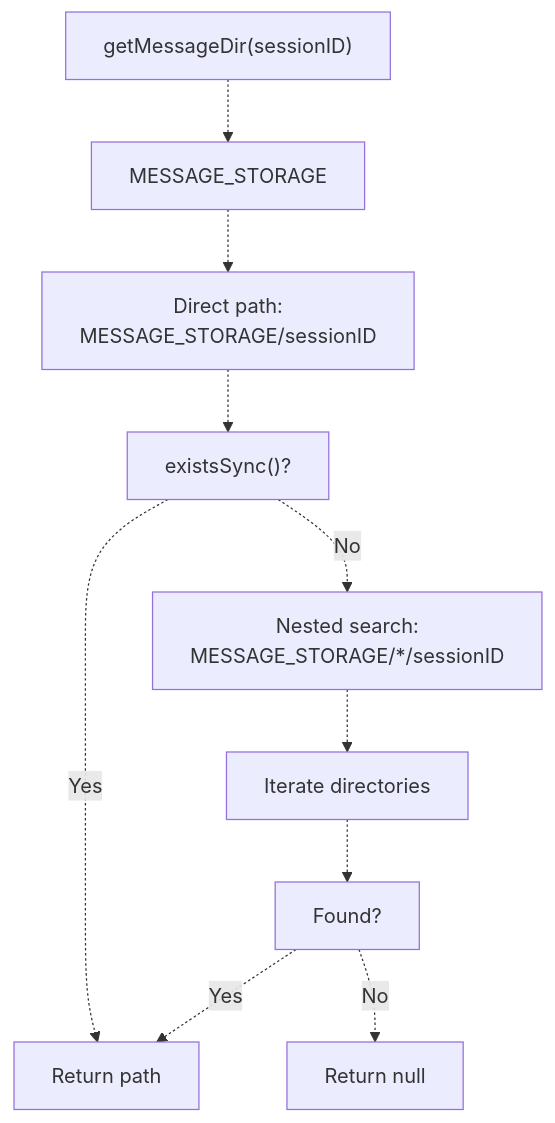
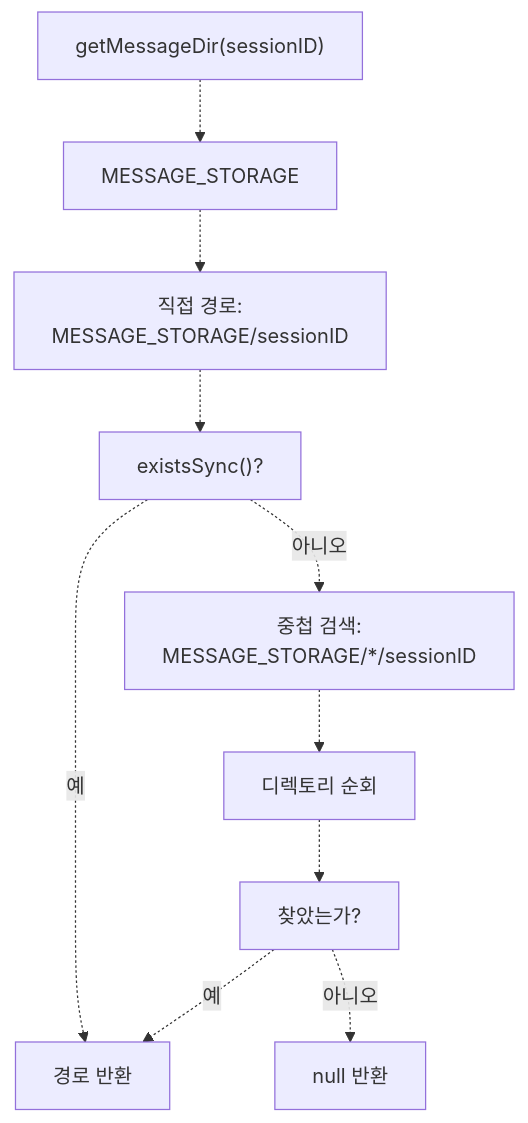
One commit to felipetruman/oh-my-opencode-docs changed the fourth of 5 diagrams in docs/background-execution/notification-system.md. Above: the diagram before and after it, drawn with Mermaid. The commit also changed other lines of this file and 76 other files, not shown here.

````diff
--- a/docs/background-execution/notification-system.md
+++ b/docs/background-execution/notification-system.md
@@ -204,23 +204,23 @@
 ```mermaid
 flowchart TD
 
 Start["getMessageDir(sessionID)"]
 Storage["MESSAGE_STORAGE"]
-Direct["Direct path:<br>MESSAGE_STORAGE/sessionID"]
-Nested["Nested search:<br>MESSAGE_STORAGE/*/sessionID"]
+Direct["직접 경로:<br>MESSAGE_STORAGE/sessionID"]
+Nested["중첩 검색:<br>MESSAGE_STORAGE/*/sessionID"]
 DirectExists["existsSync()?"]
-NestedLoop["Iterate directories"]
-NestedExists["Found?"]
-Found["Return path"]
-NotFound["Return null"]
+NestedLoop["디렉토리 순회"]
+NestedExists["찾았는가?"]
+Found["경로 반환"]
+NotFound["null 반환"]
 
 Start -.-> Storage
 Storage -.-> Direct
 Direct -.-> DirectExists
-DirectExists -.->|"Yes"| Found
-DirectExists -.->|"No"| Nested
+DirectExists -.->|"예"| Found
+DirectExists -.->|"아니오"| Nested
 Nested -.-> NestedLoop
 NestedLoop -.-> NestedExists
-NestedExists -.->|"Yes"| Found
-NestedExists -.->|"No"| NotFound
+NestedExists -.->|"예"| Found
+NestedExists -.->|"아니오"| NotFound
 ```
````
